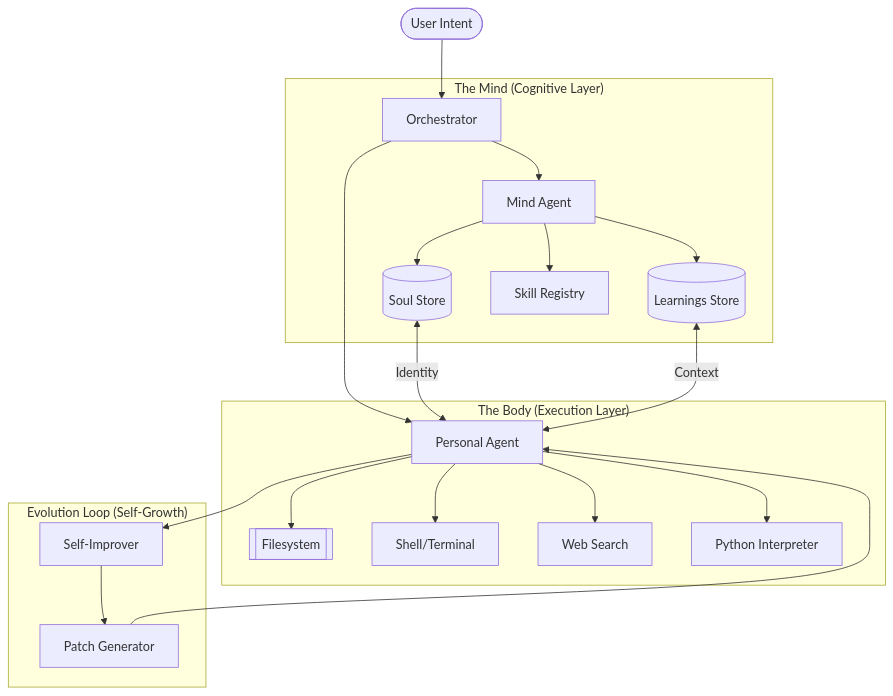
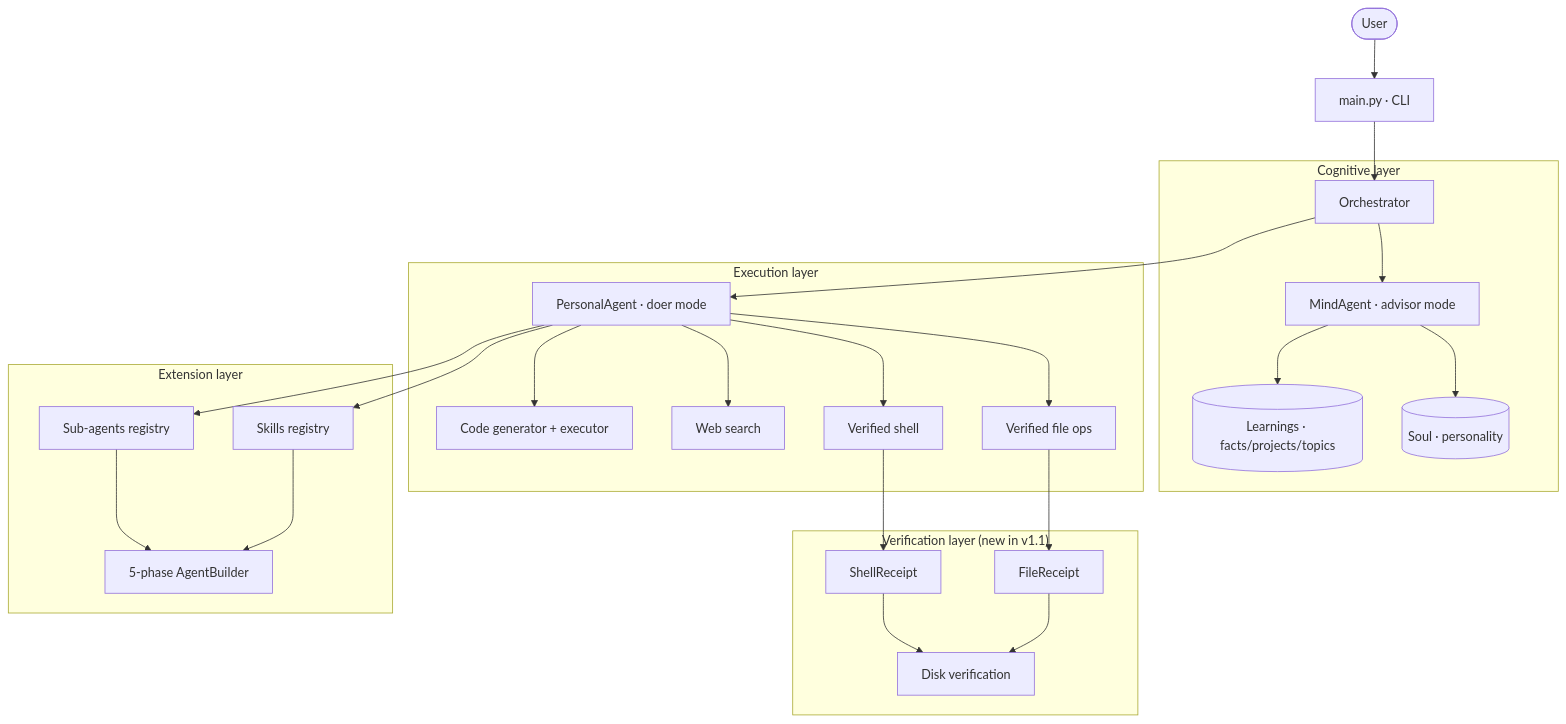
One commit to baljotchohan/Lirox changed the diagram in README.md. Above: the diagram before and after it, drawn with Mermaid. The commit also changed other lines of this file, not shown here.

````diff
--- a/README.md
+++ b/README.md
@@ -29,28 +93,33 @@
 ```mermaid
 graph TD
-    User([User Intent]) --> Orch[Orchestrator]
-    
-    subgraph "The Mind (Cognitive Layer)"
-        Orch --> Mind[Mind Agent]
-        Mind --> Soul[(Soul Store)]
-        Mind --> Learn[(Learnings Store)]
-        Mind --> Skills[Skill Registry]
-    end
-    
-    subgraph "The Body (Execution Layer)"
-        Orch --> PA[Personal Agent]
-        PA --> FS[[Filesystem]]
-        PA --> Shell[Shell/Terminal]
-        PA --> Web[Web Search]
-        PA --> Code[Python Interpreter]
-    end
-    
-    subgraph "Evolution Loop (Self-Growth)"
-        PA --> Logic[Self-Improver]
-        Logic --> Patches[Patch Generator]
-        Patches --> PA
+    User([User]) --> Main[main.py · CLI]
+    Main --> Orch[Orchestrator]
+
+    subgraph Cognitive["Cognitive layer"]
+        Orch --> Mind[MindAgent · advisor mode]
+        Mind --> Soul[(Soul · personality)]
+        Mind --> Learn[(Learnings · facts/projects/topics)]
     end
 
-    Soul <--> |Identity| PA
-    Learn <--> |Context| PA
+    subgraph Execution["Execution layer"]
+        Orch --> PA[PersonalAgent · doer mode]
+        PA --> Files[Verified file ops]
+        PA --> Shell[Verified shell]
+        PA --> Web[Web search]
+        PA --> Code[Code generator + executor]
+    end
+
+    subgraph Extension["Extension layer"]
+        PA --> Skills[Skills registry]
+        PA --> Subs[Sub-agents registry]
+        Skills --> Builder[5-phase AgentBuilder]
+        Subs --> Builder
+    end
+
+    subgraph Verify["Verification layer (new in v1.1)"]
+        Files --> Receipt[FileReceipt]
+        Shell --> ShellR[ShellReceipt]
+        Receipt --> Disk[Disk verification]
+        ShellR --> Disk
+    end
 ```
````
